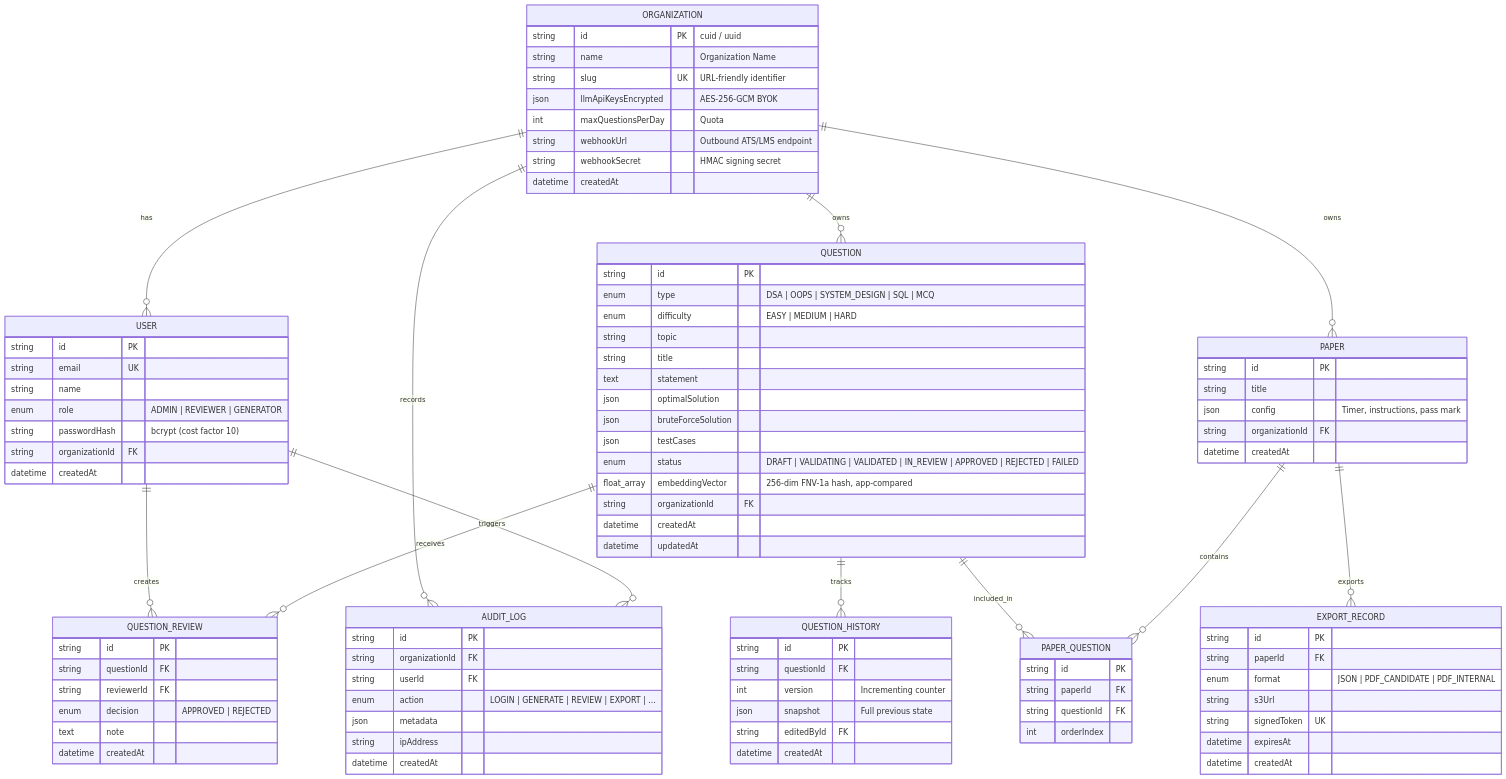
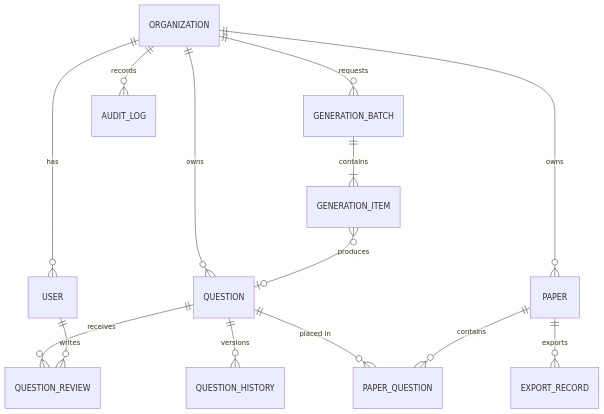
Before and after one commit to yashsrivastava1408/QuestionForge: the diagram in docs/database/schema-and-indexing.md, drawn with Mermaid. The commit also changed other lines of this file and 109 other files, not shown here.

First line of the commit message:
feat: real validation engine, per-question jobs, security fixes, accounts, paper builder, analytics (#1)

````diff
--- a/docs/database/schema-and-indexing.md
+++ b/docs/database/schema-and-indexing.md
@@ -9,108 +9,16 @@
 ```mermaid
 erDiagram
-    ORGANIZATION ||--o{ USER : "has"
-    ORGANIZATION ||--o{ QUESTION : "owns"
-    ORGANIZATION ||--o{ PAPER : "owns"
-    ORGANIZATION ||--o{ AUDIT_LOG : "records"
-
-    USER ||--o{ QUESTION_REVIEW : "creates"
-    USER ||--o{ AUDIT_LOG : "triggers"
-
-    QUESTION ||--o{ QUESTION_HISTORY : "tracks"
-    QUESTION ||--o{ QUESTION_REVIEW : "receives"
-    QUESTION ||--o{ PAPER_QUESTION : "included_in"
-
-    PAPER ||--o{ PAPER_QUESTION : "contains"
-    PAPER ||--o{ EXPORT_RECORD : "exports"
-
-    ORGANIZATION {
-        string id PK "cuid / uuid"
-        string name "Organization Name"
-        string slug UK "URL-friendly identifier"
-        json llmApiKeysEncrypted "AES-256-GCM BYOK"
-        int maxQuestionsPerDay "Quota"
-        string webhookUrl "Outbound ATS/LMS endpoint"
-        string webhookSecret "HMAC signing secret"
-        datetime createdAt
-    }
-
-    USER {
-        string id PK
-        string email UK
-        string name
-        enum role "ADMIN | REVIEWER | GENERATOR"
-        string passwordHash "bcrypt (cost factor 10)"
-        string organizationId FK
-        datetime createdAt
-    }
-
-    QUESTION {
-        string id PK
-        enum type "DSA | OOPS | SYSTEM_DESIGN | SQL | MCQ"
-        enum difficulty "EASY | MEDIUM | HARD"
-        string topic
-        string title
-        text statement
-        json optimalSolution
-        json bruteForceSolution
-        json testCases
-        enum status "DRAFT | VALIDATING | VALIDATED | IN_REVIEW | APPROVED | REJECTED | FAILED"
-        float_array embeddingVector "256-dim FNV-1a hash, app-compared"
-        string organizationId FK
-        datetime createdAt
-        datetime updatedAt
-    }
-
-    QUESTION_HISTORY {
-        string id PK
-        string questionId FK
-        int version "Incrementing counter"
-        json snapshot "Full previous state"
-        string editedById FK
-        datetime createdAt
-    }
-
-    QUESTION_REVIEW {
-        string id PK
-        string questionId FK
-        string reviewerId FK
-        enum decision "APPROVED | REJECTED"
-        text note
-        datetime createdAt
-    }
-
-    PAPER {
-        string id PK
-        string title
-        json config "Timer, instructions, pass mark"
-        string organizationId FK
-        datetime createdAt
-    }
-
-    PAPER_QUESTION {
-        string id PK
-        string paperId FK
-        string questionId FK
-        int orderIndex
-    }
-
-    EXPORT_RECORD {
-        string id PK
-        string paperId FK
-        enum format "JSON | PDF_CANDIDATE | PDF_INTERNAL"
-        string s3Url
-        string signedToken UK
-        datetime expiresAt
-        datetime createdAt
-    }
-
-    AUDIT_LOG {
-        string id PK
-        string organizationId FK
-        string userId FK
-        enum action "LOGIN | GENERATE | REVIEW | EXPORT | ..."
-        json metadata
-        string ipAddress
-        datetime createdAt
-    }
+    ORGANIZATION ||--o{ USER : has
+    ORGANIZATION ||--o{ QUESTION : owns
+    ORGANIZATION ||--o{ PAPER : owns
+    ORGANIZATION ||--o{ GENERATION_BATCH : requests
+    ORGANIZATION ||--o{ AUDIT_LOG : records
+    GENERATION_BATCH ||--|{ GENERATION_ITEM : contains
+    GENERATION_ITEM }o--o| QUESTION : produces
+    QUESTION ||--o{ QUESTION_HISTORY : versions
+    QUESTION ||--o{ QUESTION_REVIEW : receives
+    QUESTION ||--o{ PAPER_QUESTION : "placed in"
+    PAPER ||--o{ PAPER_QUESTION : contains
+    PAPER ||--o{ EXPORT_RECORD : exports
+    USER ||--o{ QUESTION_REVIEW : writes
 ```
````
